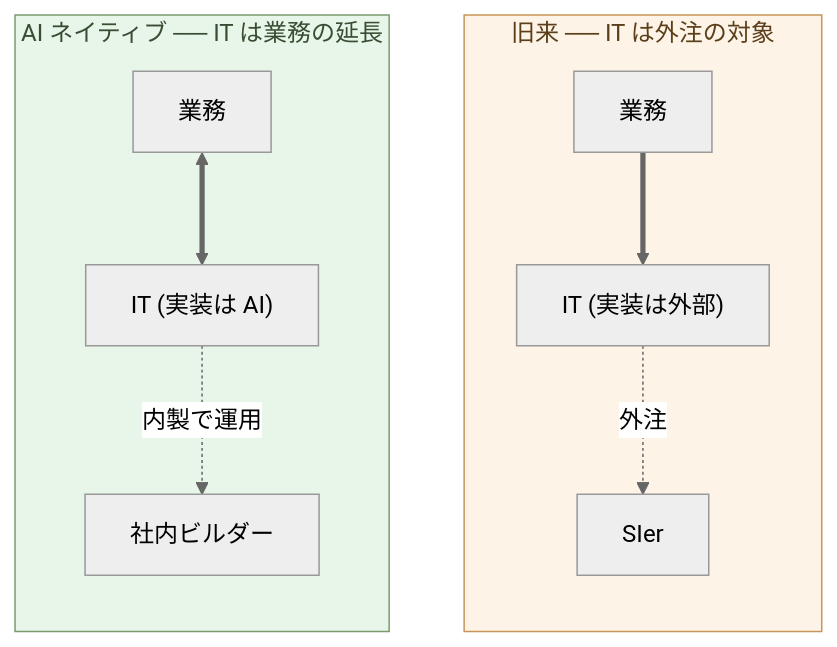
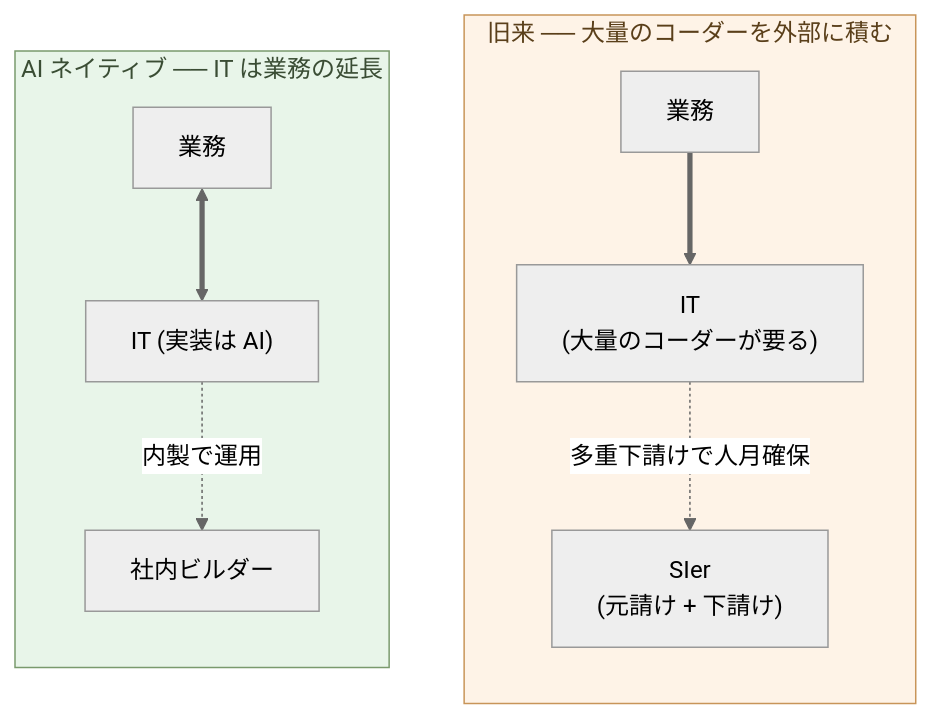
The diagram in articles/ai-native-ways/software/09-hiring-builders/ja.md (aiseed-dev/website), drawn with Mermaid (neutral theme) before and after one commit. The commit also changed other lines of this file and 2 other files, not shown here.

````diff
--- a/articles/ai-native-ways/software/09-hiring-builders/ja.md
+++ b/articles/ai-native-ways/software/09-hiring-builders/ja.md
@@ -56,23 +60,23 @@
 ```mermaid
 flowchart TB
-  subgraph Old["旧来 ── IT は外注の対象"]
+  subgraph Old["旧来 ── 大量のコーダーを外部に積む"]
     direction TB
     OB["業務"]
-    OIT["IT (実装は外部)"]
+    OIT["IT<br/>(大量のコーダーが要る)"]
     OB ==> OIT
-    OIT -.->|外注| OSier["SIer"]
+    OIT -.->|多重下請けで人月確保| OSier["SIer<br/>(元請け + 下請け)"]
   end
 
   subgraph New["AI ネイティブ ── IT は業務の延長"]
     direction TB
     NB["業務"]
     NIT["IT (実装は AI)"]
     NB <==> NIT
     NIT -.->|内製で運用| NBuilder["社内ビルダー"]
   end
 
   classDef good fill:#e8f5e9,stroke:#7a9a6d,color:#3a4d34
   classDef bad fill:#fef3e7,stroke:#c89559,color:#5a3f1a
   class New good
   class Old bad
 ```
````
